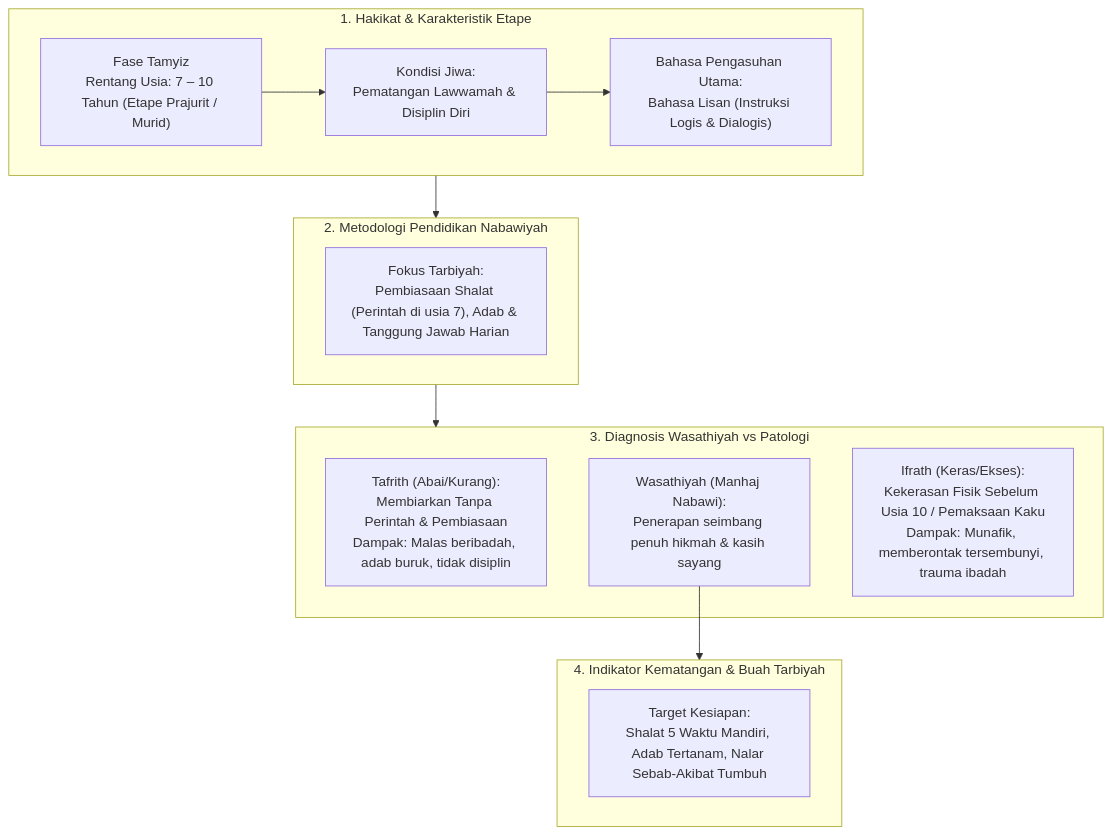
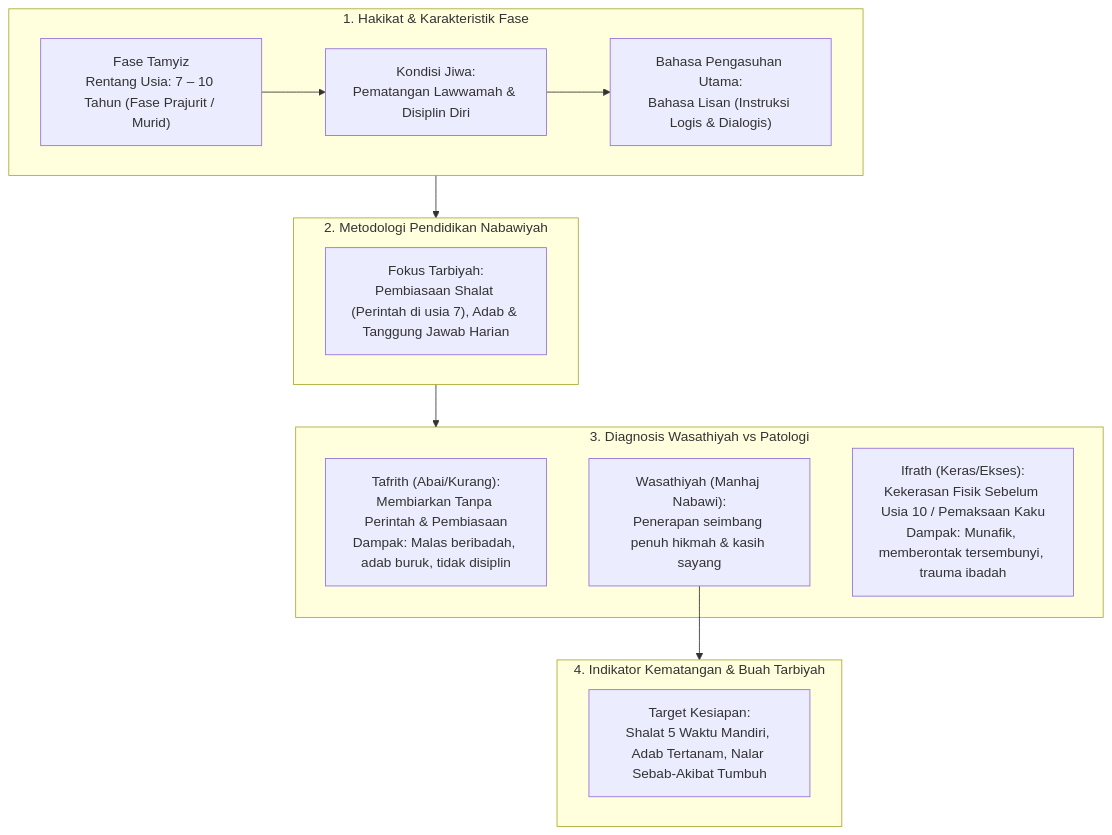
The diagram in content_flow/Dokumen Pendidikan Karakter Nabawiyah/Paradigma & Implementasi/Insan/Fitrah (Karakter)/Perkembangan/Tamyiz.md (decaller/wiki-pkn), drawn with Mermaid before and after one commit. The commit also changed 410 other files, not shown here.

Commit message:
feat: create master Glosarium and purify terminology across repo (etape -> fase, archetype -> uswah)

````diff
--- a/content_flow/Dokumen Pendidikan Karakter Nabawiyah/Paradigma & Implementasi/Insan/Fitrah (Karakter)/Perkembangan/Tamyiz.md
+++ b/content_flow/Dokumen Pendidikan Karakter Nabawiyah/Paradigma & Implementasi/Insan/Fitrah (Karakter)/Perkembangan/Tamyiz.md
@@ -10,25 +10,25 @@
 ```mermaid
 flowchart TD
-    subgraph S1["1. Hakikat & Karakteristik Etape"]
-        A1["Fase Tamyiz<br/>Rentang Usia: 7 – 10 Tahun (Etape Prajurit / Murid)"] --> A2["Kondisi Jiwa:<br/>Pematangan Lawwamah & Disiplin Diri"]
+    subgraph S1["1. Hakikat & Karakteristik Fase"]
+        A1["Fase Tamyiz<br/>Rentang Usia: 7 – 10 Tahun (Fase Prajurit / Murid)"] --> A2["Kondisi Jiwa:<br/>Pematangan Lawwamah & Disiplin Diri"]
         A2 --> A3["Bahasa Pengasuhan Utama:<br/>Bahasa Lisan (Instruksi Logis & Dialogis)"]
     end
 
     subgraph S2["2. Metodologi Pendidikan Nabawiyah"]
         B1["Fokus Tarbiyah:<br/>Pembiasaan Shalat (Perintah di usia 7), Adab & Tanggung Jawab Harian"]
     end
 
     subgraph S3["3. Diagnosis Wasathiyah vs Patologi"]
         C1["Tafrith (Abai/Kurang):<br/>Membiarkan Tanpa Perintah & Pembiasaan<br/>Dampak: Malas beribadah, adab buruk, tidak disiplin"]
         C2["Wasathiyah (Manhaj Nabawi):<br/>Penerapan seimbang penuh hikmah & kasih sayang"]
         C3["Ifrath (Keras/Ekses):<br/>Kekerasan Fisik Sebelum Usia 10 / Pemaksaan Kaku<br/>Dampak: Munafik, memberontak tersembunyi, trauma ibadah"]
     end
 
     subgraph S4["4. Indikator Kematangan & Buah Tarbiyah"]
         D1["Target Kesiapan:<br/>Shalat 5 Waktu Mandiri, Adab Tertanam, Nalar Sebab-Akibat Tumbuh"]
     end
 
     S1 --> S2
     S2 --> S3
     C2 --> S4
 ```
````
